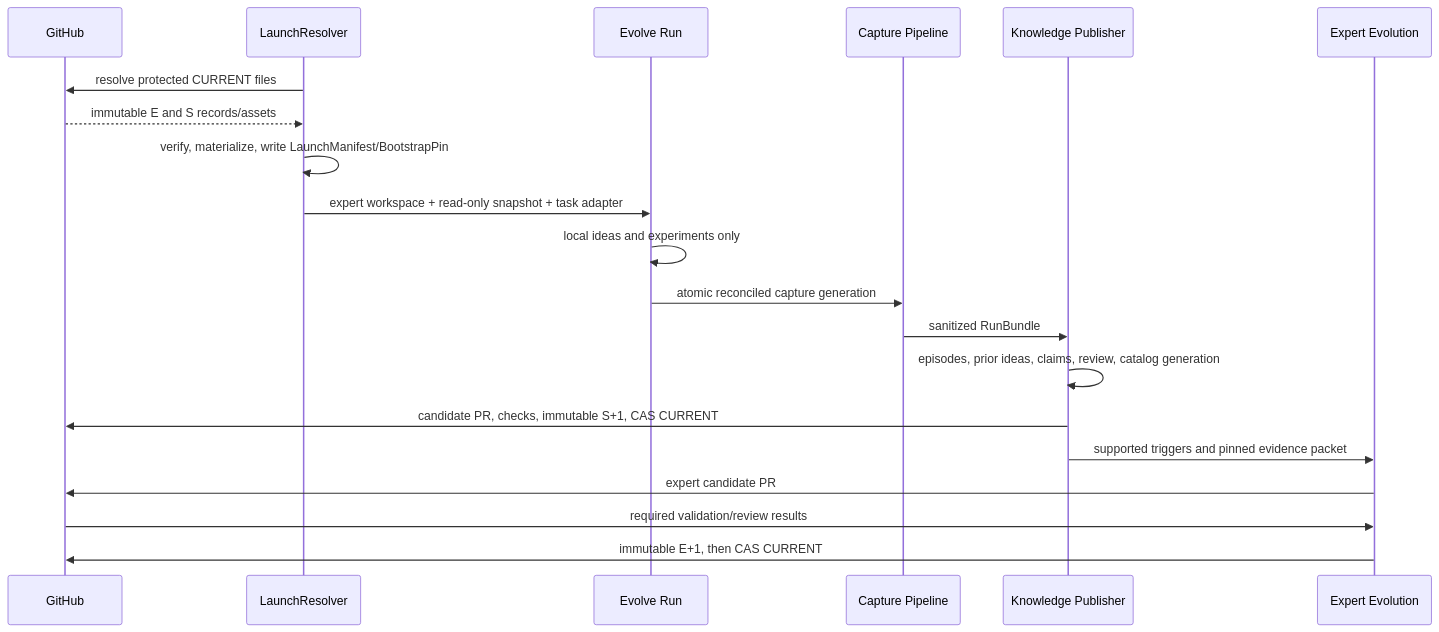
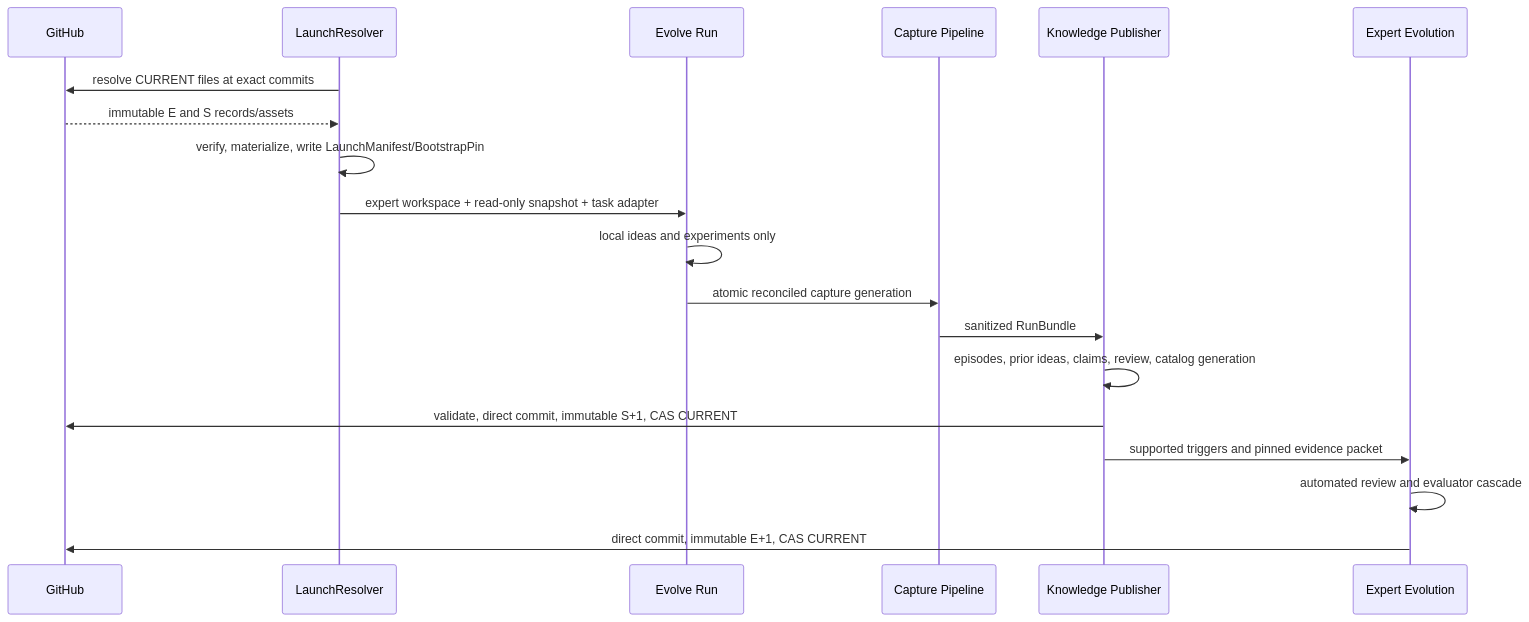
Before and after one commit to Leeroo-AI/kapso: the second of 2 diagrams in docs/research/cross-run-knowledge-implementation/00-orchestrator-plan.md, drawn with Mermaid. The commit also changed other lines of this file and 8 other files, not shown here.

````diff
--- a/docs/research/cross-run-knowledge-implementation/00-orchestrator-plan.md
+++ b/docs/research/cross-run-knowledge-implementation/00-orchestrator-plan.md
@@ -396,23 +396,22 @@
 ```mermaid
 sequenceDiagram
     participant G as GitHub
     participant L as LaunchResolver
     participant E as Evolve Run
     participant C as Capture Pipeline
     participant K as Knowledge Publisher
     participant X as Expert Evolution
 
-    L->>G: resolve protected CURRENT files
+    L->>G: resolve CURRENT files at exact commits
     G-->>L: immutable E and S records/assets
     L->>L: verify, materialize, write LaunchManifest/BootstrapPin
     L->>E: expert workspace + read-only snapshot + task adapter
     E->>E: local ideas and experiments only
     E->>C: atomic reconciled capture generation
     C->>K: sanitized RunBundle
     K->>K: episodes, prior ideas, claims, review, catalog generation
-    K->>G: candidate PR, checks, immutable S+1, CAS CURRENT
+    K->>G: validate, direct commit, immutable S+1, CAS CURRENT
     K->>X: supported triggers and pinned evidence packet
-    X->>G: expert candidate PR
-    G->>X: required validation/review results
-    X->>G: immutable E+1, then CAS CURRENT
+    X->>X: automated review and evaluator cascade
+    X->>G: direct commit, immutable E+1, CAS CURRENT
 ```
````
